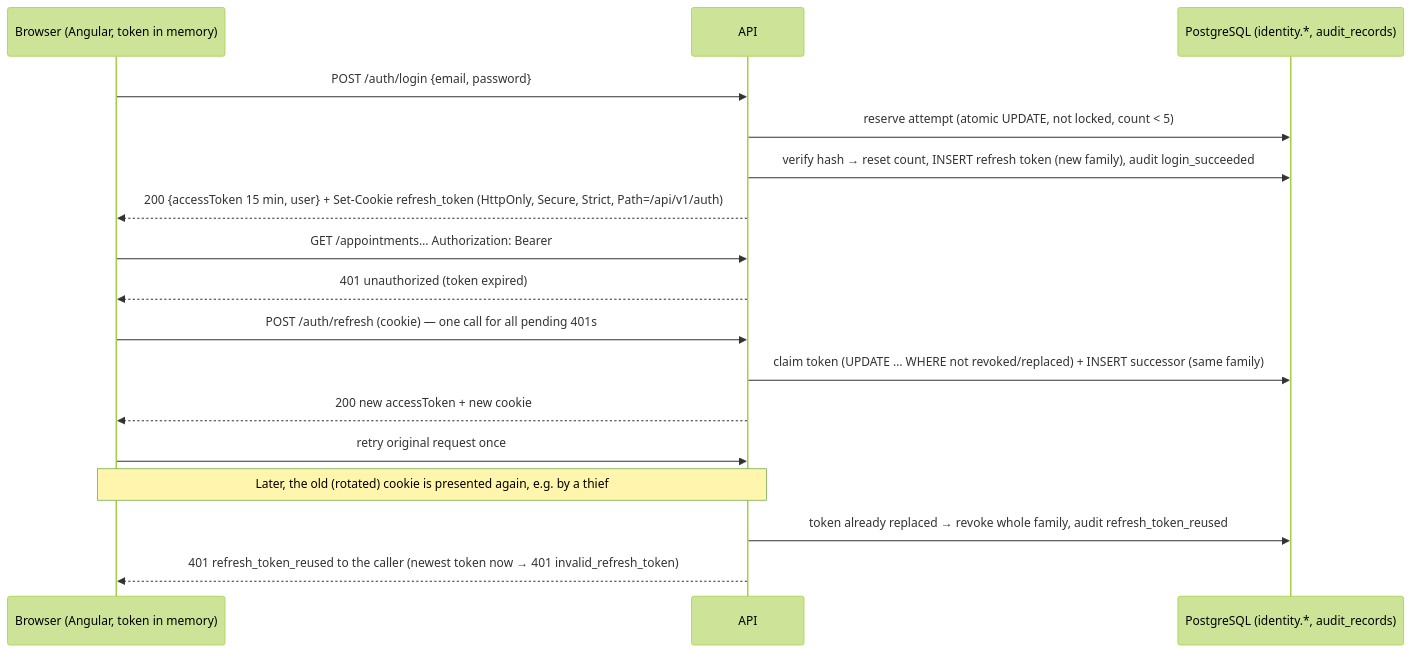
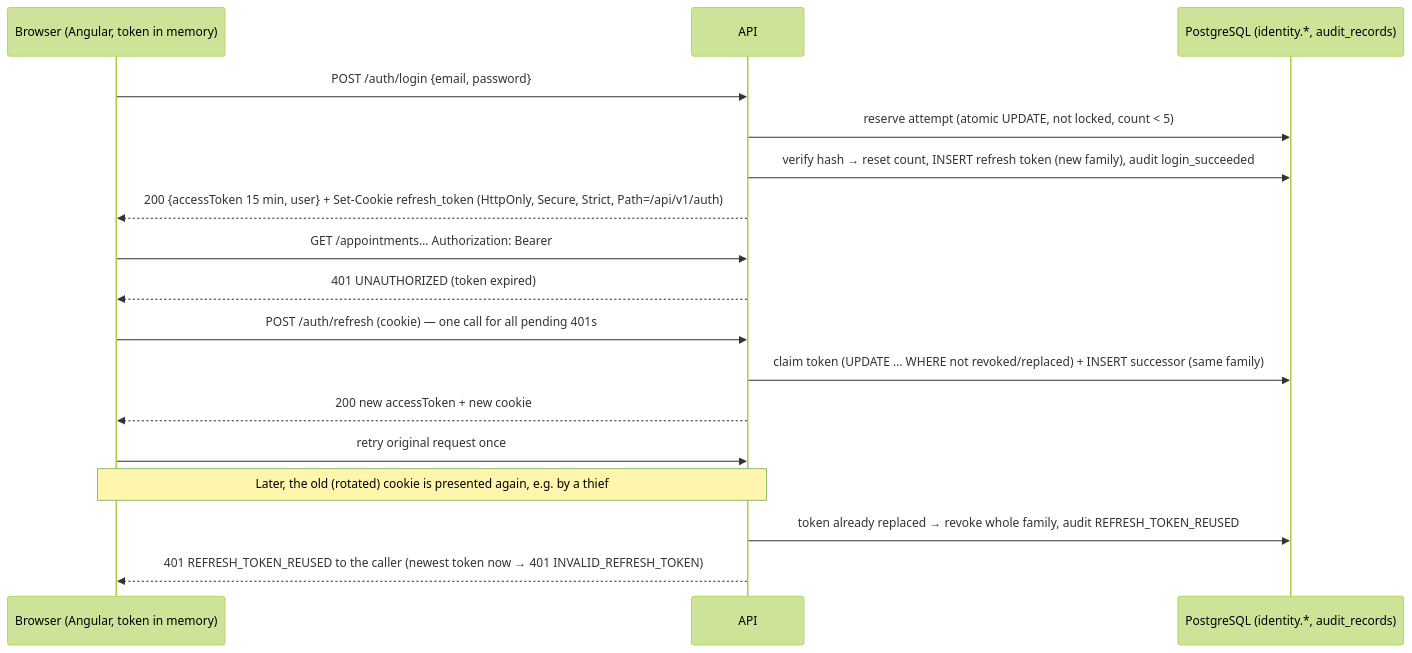
One commit to Mostafaa021/AppointmentScheduler changed the third of 6 diagrams in docs/architecture.md. Above: the diagram before and after it, drawn with Mermaid (forest theme). The commit also changed other lines of this file and 25 other files, not shown here.

````diff
--- a/docs/architecture.md
+++ b/docs/architecture.md
@@ -34,19 +34,19 @@
 ```mermaid
 sequenceDiagram
   participant B as Browser (Angular, token in memory)
   participant API
   participant DB as PostgreSQL (identity.*, audit_records)
   B->>API: POST /auth/login {email, password}
   API->>DB: reserve attempt (atomic UPDATE, not locked, count < 5)
   API->>DB: verify hash → reset count, INSERT refresh token (new family), audit login_succeeded
   API-->>B: 200 {accessToken 15 min, user} + Set-Cookie refresh_token (HttpOnly, Secure, Strict, Path=/api/v1/auth)
   B->>API: GET /appointments… Authorization: Bearer
-  API-->>B: 401 unauthorized (token expired)
+  API-->>B: 401 UNAUTHORIZED (token expired)
   B->>API: POST /auth/refresh (cookie) — one call for all pending 401s
   API->>DB: claim token (UPDATE … WHERE not revoked/replaced) + INSERT successor (same family)
   API-->>B: 200 new accessToken + new cookie
   B->>API: retry original request once
   Note over B,API: Later, the old (rotated) cookie is presented again, e.g. by a thief
-  API->>DB: token already replaced → revoke whole family, audit refresh_token_reused
-  API-->>B: 401 refresh_token_reused to the caller (newest token now → 401 invalid_refresh_token)
+  API->>DB: token already replaced → revoke whole family, audit REFRESH_TOKEN_REUSED
+  API-->>B: 401 REFRESH_TOKEN_REUSED to the caller (newest token now → 401 INVALID_REFRESH_TOKEN)
 ```
````
